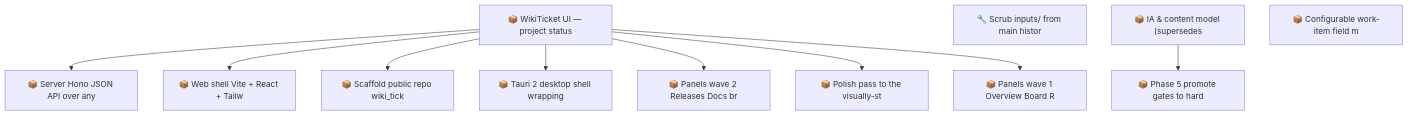
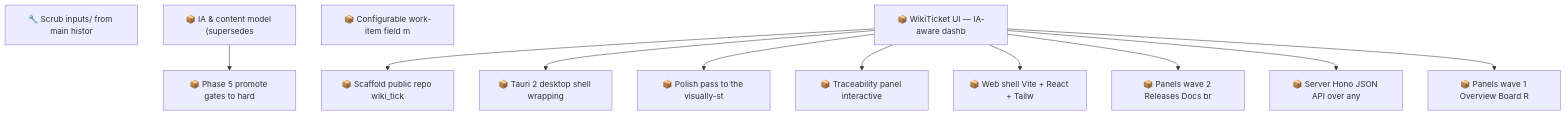
Before and after one commit to SpillwaveSolutions/wiki_ticket_sdd: the second of 2 diagrams in docs/roadmap.md, drawn with Mermaid. The commit also changed other lines of this file and 12 other files, not shown here.

First line of the commit message:
plan(ui): supersede wiki-ticket-ui with IA-aware wiki-ticket-ui-ia (epic 01KY5VY0TD, #113-#121)

````diff
--- a/docs/roadmap.md
+++ b/docs/roadmap.md
@@ -98,23 +103,25 @@
 ```mermaid
 graph TD
-    01KY111BC71KJGNH55CB2DWMKN["📦 Server Hono JSON API over any"]
-    01KY111BC7B70C7M2RF1E57G17["📦 Web shell Vite + React + Tailw"]
-    01KY111BC7NJ4BE7JBDK2P6Y56["📦 Scaffold public repo wiki_tick"]
-    01KY111BC7PABV8W6SDNVQACSN["📦 WikiTicket UI — project status"]
-    01KY111BC842N3J7Y7H85NHSEG["📦 Tauri 2 desktop shell wrapping"]
-    01KY111BC88FS6QD49JADZ9CJ5["📦 Panels wave 2 Releases Docs br"]
-    01KY111BC8F9BH0T3TERYEFC3C["📦 Polish pass to the visually-st"]
-    01KY111BC8QJAS9KH7N368N6RF["📦 Panels wave 1 Overview Board R"]
     01KY2KHHF43KAZ54F57BQW71TD["🔧 Scrub inputs/ from main histor"]
     01KY5G9ZW0H2YMNWDFJYGRPYE5["📦 IA & content model (supersedes"]
     01KY5G9ZW0RABXWHEMEP1FAV2G["📦 Phase 5 promote gates to hard"]
     01KY5NE0ZYGBWG44N0KPEBFCZ8["📦 Configurable work-item field m"]
-    01KY111BC7PABV8W6SDNVQACSN --> 01KY111BC71KJGNH55CB2DWMKN
-    01KY111BC7PABV8W6SDNVQACSN --> 01KY111BC7B70C7M2RF1E57G17
-    01KY111BC7PABV8W6SDNVQACSN --> 01KY111BC7NJ4BE7JBDK2P6Y56
-    01KY111BC7PABV8W6SDNVQACSN --> 01KY111BC842N3J7Y7H85NHSEG
-    01KY111BC7PABV8W6SDNVQACSN --> 01KY111BC88FS6QD49JADZ9CJ5
-    01KY111BC7PABV8W6SDNVQACSN --> 01KY111BC8F9BH0T3TERYEFC3C
-    01KY111BC7PABV8W6SDNVQACSN --> 01KY111BC8QJAS9KH7N368N6RF
+    01KY5VY0TDSWJE6W80CNCWA8QA["📦 WikiTicket UI — IA-aware dashb"]
+    01KY5VY0TDTD7PQDT6EVD5AG9N["📦 Scaffold public repo wiki_tick"]
+    01KY5VY0TE7G7ZC5W20T3KAXJ7["📦 Tauri 2 desktop shell wrapping"]
+    01KY5VY0TE8B6RXVX1MQYJZ0TH["📦 Polish pass to the visually-st"]
+    01KY5VY0TE8EZPWNZPZWSPTSAR["📦 Traceability panel interactive"]
+    01KY5VY0TEK8XSGP2SG57GF0KT["📦 Web shell Vite + React + Tailw"]
+    01KY5VY0TEKXBXK91S9ZFZTJZ5["📦 Panels wave 2 Releases Docs br"]
+    01KY5VY0TEW87KK6AW6FQTYGZ9["📦 Server Hono JSON API over any"]
+    01KY5VY0TEWBMZK5W6YJN5FQ9D["📦 Panels wave 1 Overview Board R"]
     01KY5G9ZW0H2YMNWDFJYGRPYE5 --> 01KY5G9ZW0RABXWHEMEP1FAV2G
+    01KY5VY0TDSWJE6W80CNCWA8QA --> 01KY5VY0TDTD7PQDT6EVD5AG9N
+    01KY5VY0TDSWJE6W80CNCWA8QA --> 01KY5VY0TE7G7ZC5W20T3KAXJ7
+    01KY5VY0TDSWJE6W80CNCWA8QA --> 01KY5VY0TE8B6RXVX1MQYJZ0TH
+    01KY5VY0TDSWJE6W80CNCWA8QA --> 01KY5VY0TE8EZPWNZPZWSPTSAR
+    01KY5VY0TDSWJE6W80CNCWA8QA --> 01KY5VY0TEK8XSGP2SG57GF0KT
+    01KY5VY0TDSWJE6W80CNCWA8QA --> 01KY5VY0TEKXBXK91S9ZFZTJZ5
+    01KY5VY0TDSWJE6W80CNCWA8QA --> 01KY5VY0TEW87KK6AW6FQTYGZ9
+    01KY5VY0TDSWJE6W80CNCWA8QA --> 01KY5VY0TEWBMZK5W6YJN5FQ9D
 ```
````
